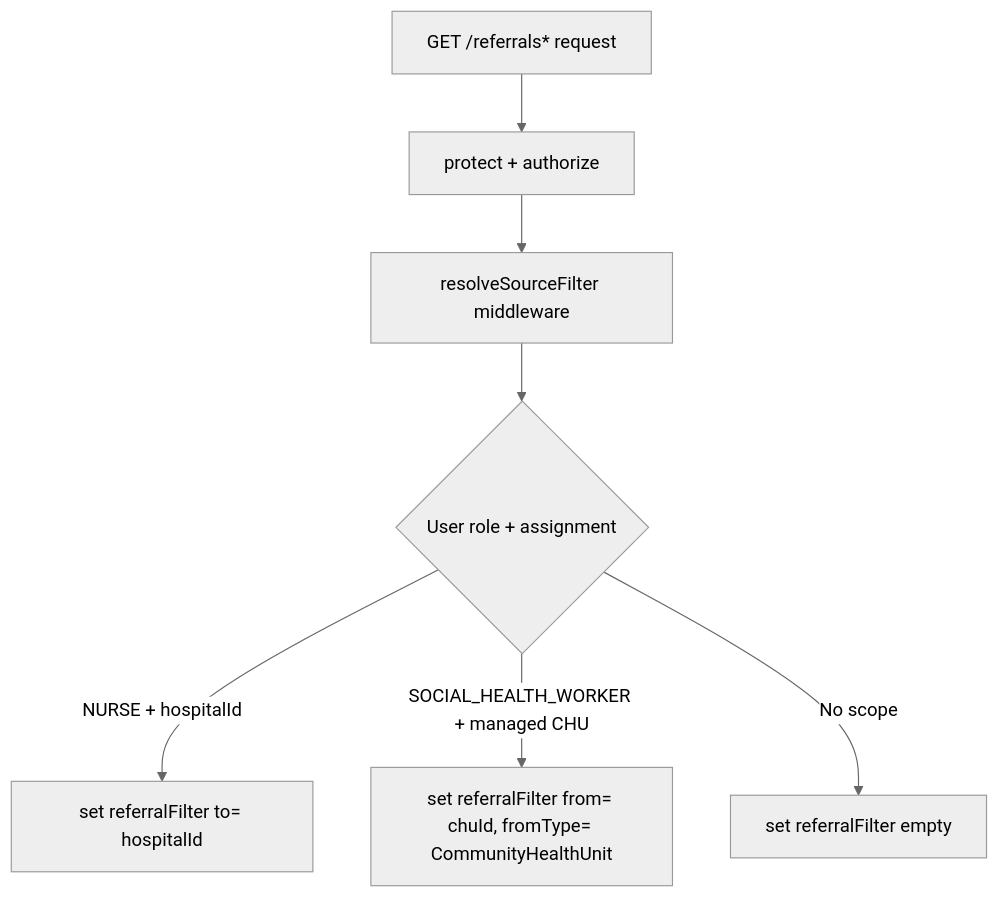
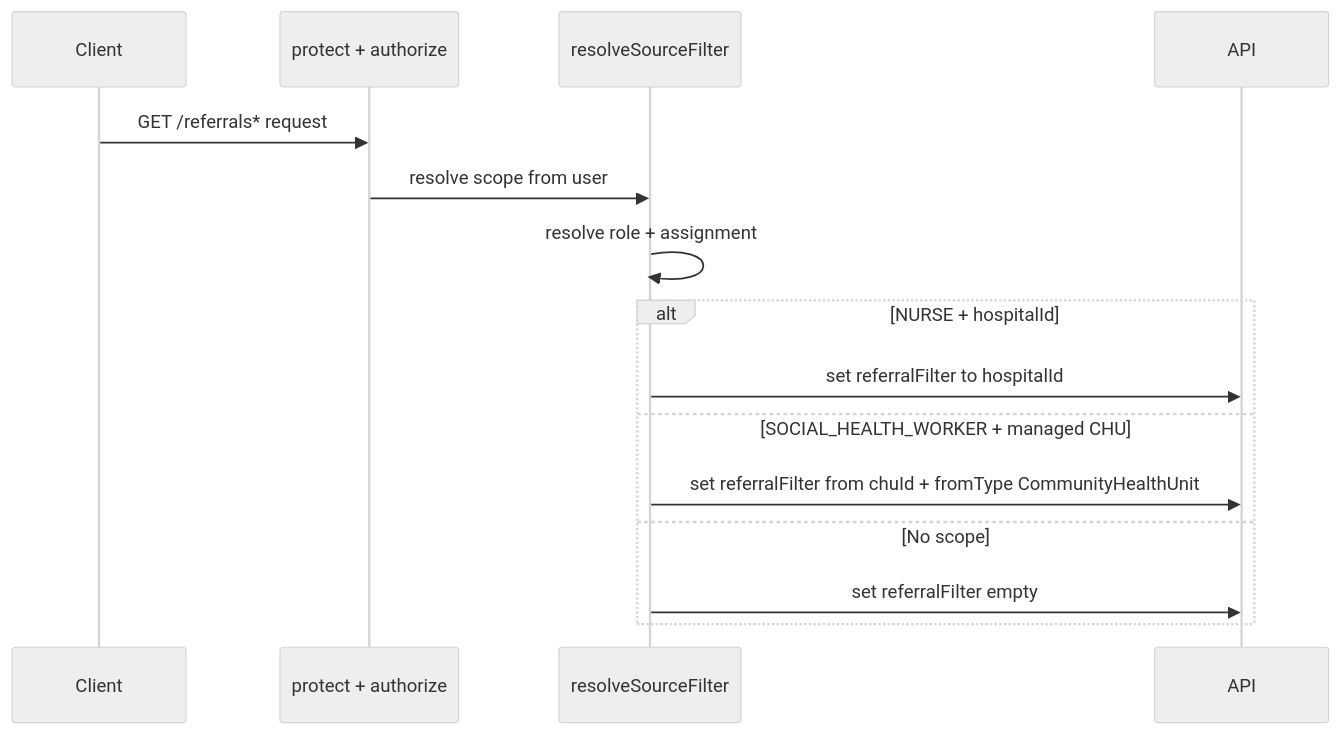
The first of 3 diagrams in docs/referral-retrieval-api.md (ericndungutse/erinde), drawn with Mermaid (neutral theme) before and after one commit. The commit also changed other lines of this file and 7 other files, not shown here.

````diff
--- a/docs/referral-retrieval-api.md
+++ b/docs/referral-retrieval-api.md
@@ -12,9 +12,18 @@
 ```mermaid
-flowchart TD
-    A[GET /referrals* request] --> B[protect + authorize]
-    B --> C[resolveSourceFilter middleware]
-    C --> D{User role + assignment}
-    D -->|NURSE + hospitalId| E[set referralFilter to= hospitalId]
-    D -->|SOCIAL_HEALTH_WORKER + managed CHU| F[set referralFilter from= chuId, fromType= CommunityHealthUnit]
-    D -->|No scope| G[set referralFilter empty]
+sequenceDiagram
+    participant Client
+    participant Auth as protect + authorize
+    participant Scope as resolveSourceFilter
+    participant API
+
+    Client->>Auth: GET /referrals* request
+    Auth->>Scope: resolve scope from user
+    Scope->>Scope: resolve role + assignment
+    alt NURSE + hospitalId
+        Scope->>API: set referralFilter to hospitalId
+    else SOCIAL_HEALTH_WORKER + managed CHU
+        Scope->>API: set referralFilter from chuId + fromType CommunityHealthUnit
+    else No scope
+        Scope->>API: set referralFilter empty
+    end
 ```
````
